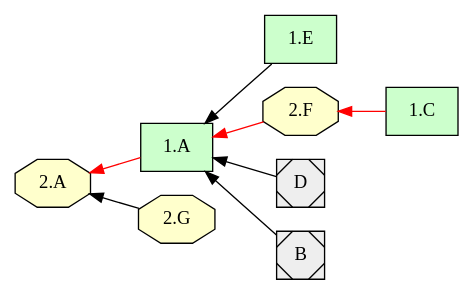
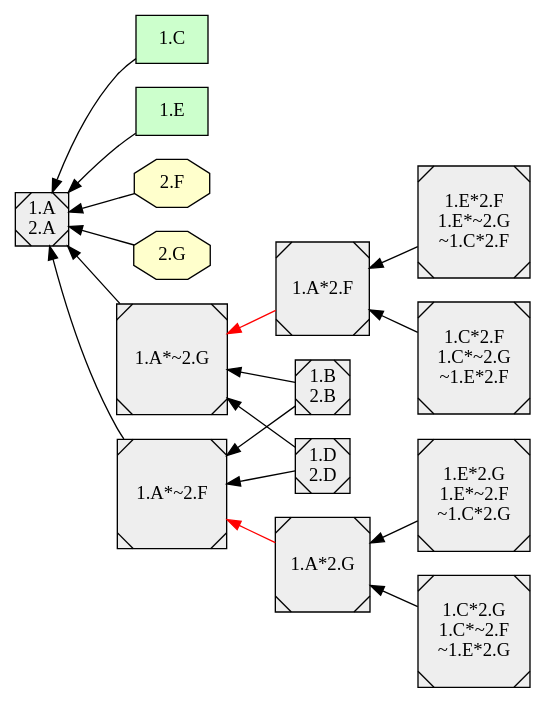
The diagram in example/abstract4/abstract4_6.dot (EulerProject/EulerX), drawn with Graphviz before and after one commit. The commit also changed 18 other files, not shown here.

```diff
--- a/example/abstract4/abstract4_6.dot
+++ b/example/abstract4/abstract4_6.dot
@@ -1,44 +1,94 @@
 digraph {
 
 rankdir = RL
 
   node [shape=box style="filled" fillcolor="#CCFFCC"]
+  "1.C"
   "1.E"
-  "1.A"
-  "1.C"
-  "1.A"
-  "1.A"
-  "1.A"
-  "1.A"
-  "1.C"
-  "1.A"
   node [shape=octagon style="filled" fillcolor="#FFFFCC"]
+  "2.F"
   "2.G"
-  "2.A"
-  "2.F"
-  "2.A"
-  "2.F"
-  "2.F"
-  "2.A"
-  "2.A"
-  "2.A"
   node [shape=Msquare style="filled" fillcolor="#EEEEEE"]
-  "D"
-  "B"
-  "B"
-  "D"
-  "D"
-  "B"
-  "D"
-  "B"
-  "1.E" -> "1.A" [style=filled, color=black];
-  "2.G" -> "2.A" [style=filled, color=black];
-  "1.C" -> "2.F" [style=filled, color=red];
-  "1.A" -> "2.A" [style=filled, color=red];
-  "2.F" -> "1.A" [style=filled, color=red];
-  "D" -> "1.A" [style=filled, color=black];
-  "B" -> "1.A" [style=filled, color=black];
+  "1.B\n2.B"
+  "1.A\n2.A"
+  "1.D\n2.D"
+  "1.D\n2.D"
+  "1.E*2.G\n1.E*~2.F\n~1.C*2.G"
+  "1.E*2.F\n1.E*~2.G\n~1.C*2.F"
+  "1.B\n2.B"
+  "1.C*2.G\n1.C*~2.F\n~1.E*2.G"
+  "1.C*2.F\n1.C*~2.G\n~1.E*2.F"
+  "1.C*2.G\n1.C*~2.F\n~1.E*2.G"
+  "1.A\n2.A"
+  "1.A*2.F"
+  "1.A*~2.G"
+  "1.A*2.G"
+  "1.A*~2.F"
+  "1.E*2.F\n1.E*~2.G\n~1.C*2.F"
+  "1.A*2.F"
+  "1.E*2.G\n1.E*~2.F\n~1.C*2.G"
+  "1.A*2.G"
+  "1.B\n2.B"
+  "1.A*~2.F"
+  "1.B\n2.B"
+  "1.A*~2.G"
+  "1.A\n2.A"
+  "1.A\n2.A"
+  "1.A\n2.A"
+  "1.A\n2.A"
+  "1.A*~2.G"
+  "1.A\n2.A"
+  "1.A*~2.F"
+  "1.A\n2.A"
+  "1.D\n2.D"
+  "1.A*~2.F"
+  "1.D\n2.D"
+  "1.A*~2.G"
+  "1.C*2.G\n1.C*~2.F\n~1.E*2.G"
+  "1.A*2.G"
+  "1.C*2.F\n1.C*~2.G\n~1.E*2.F"
+  "1.A*2.F"
+  "1.A*2.F"
+  "1.A\n2.A"
+  "1.A*2.G"
+  "1.A\n2.A"
+  "1.E*2.F\n1.E*~2.G\n~1.C*2.F"
+  "1.A*~2.G"
+  "1.E*2.F\n1.E*~2.G\n~1.C*2.F"
+  "1.A\n2.A"
+  "1.E*2.G\n1.E*~2.F\n~1.C*2.G"
+  "1.A\n2.A"
+  "1.E*2.G\n1.E*~2.F\n~1.C*2.G"
+  "1.A*~2.F"
+  "1.B\n2.B"
+  "1.A\n2.A"
+  "1.D\n2.D"
+  "1.A\n2.A"
+  "1.C*2.G\n1.C*~2.F\n~1.E*2.G"
+  "1.A\n2.A"
+  "1.C*2.G\n1.C*~2.F\n~1.E*2.G"
+  "1.A*~2.F"
+  "1.C*2.F\n1.C*~2.G\n~1.E*2.F"
+  "1.A*~2.G"
+  "1.C*2.F\n1.C*~2.G\n~1.E*2.F"
+  "1.A\n2.A"
+  "1.A*2.F" -> "1.A*~2.G" [style=filled, color=red];
+  "1.A*2.G" -> "1.A*~2.F" [style=filled, color=red];
+  "1.E*2.F\n1.E*~2.G\n~1.C*2.F" -> "1.A*2.F" [style=filled, color=black];
+  "1.E*2.G\n1.E*~2.F\n~1.C*2.G" -> "1.A*2.G" [style=filled, color=black];
+  "1.B\n2.B" -> "1.A*~2.F" [style=filled, color=black];
+  "1.B\n2.B" -> "1.A*~2.G" [style=filled, color=black];
+  "1.C" -> "1.A\n2.A" [style=filled, color=black];
+  "1.E" -> "1.A\n2.A" [style=filled, color=black];
+  "2.F" -> "1.A\n2.A" [style=filled, color=black];
+  "2.G" -> "1.A\n2.A" [style=filled, color=black];
+  "1.A*~2.G" -> "1.A\n2.A" [style=filled, color=black];
+  "1.A*~2.F" -> "1.A\n2.A" [style=filled, color=black];
+  "1.D\n2.D" -> "1.A*~2.F" [style=filled, color=black];
+  "1.D\n2.D" -> "1.A*~2.G" [style=filled, color=black];
+  "1.C*2.G\n1.C*~2.F\n~1.E*2.G" -> "1.A*2.G" [style=filled, color=black];
+  "1.C*2.F\n1.C*~2.G\n~1.E*2.F" -> "1.A*2.F" [style=filled, color=black];
   subgraph cluster_lg {
     rankdir = LR
   }
 }
```
